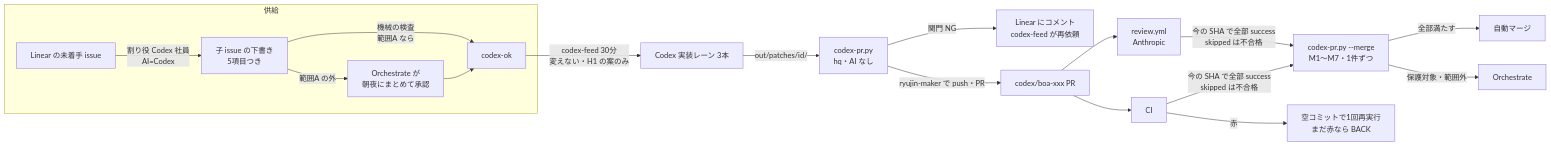
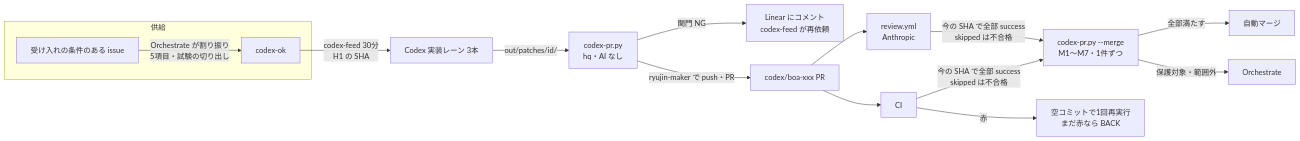
Before and after one commit to rhapsody0919/boatrace-ai-predictor: the first of 2 diagrams in docs/design/codex-direct-pr/design.md, drawn with Mermaid. The commit also changed other lines of this file, not shown here.

Commit message:
docs: Codex の直接 PR の設計を hq の実装と再審査に合わせる（範囲ごとの期待する check・A2 を早めに・供給・月の線）

````diff
--- a/docs/design/codex-direct-pr/design.md
+++ b/docs/design/codex-direct-pr/design.md
@@ -29,19 +29,16 @@
 ```mermaid
 flowchart LR
   subgraph 供給
-    L0[Linear の未着手 issue] -->|割り役 Codex 社員<br/>AI=Codex| L1[子 issue の下書き<br/>5項目つき]
-    L1 -->|機械の検査<br/>範囲A なら| L2[codex-ok]
-    L1 -->|範囲A の外| OR[Orchestrate が<br/>朝夜にまとめて承認]
-    OR --> L2
+    L0[受け入れの条件のある issue] -->|Orchestrate が割り振り<br/>5項目・試験の切り出し| L2[codex-ok]
   end
-  L2 -->|codex-feed 30分<br/>変えない・H1 の案のみ| C[Codex 実装レーン 3本]
+  L2 -->|codex-feed 30分<br/>H1 の SHA| C[Codex 実装レーン 3本]
   C -->|out/patches/id/| R[codex-pr.py<br/>hq・AI なし]
   R -->|関門 NG| BACK[Linear にコメント<br/>codex-feed が再依頼]
   R -->|ryujin-maker で push・PR| PR[codex/boa-xxx PR]
   PR --> REV[review.yml<br/>Anthropic]
   PR --> CI[CI]
   REV & CI -->|今の SHA で全部 success<br/>skipped は不合格| MC[codex-pr.py --merge<br/>M1〜M7・1件ずつ]
   MC -->|全部満たす| M[自動マージ]
   MC -->|保護対象・範囲外| OR2[Orchestrate]
   CI -->|赤| RE[空コミットで1回再実行<br/>まだ赤なら BACK]
 ```
````
